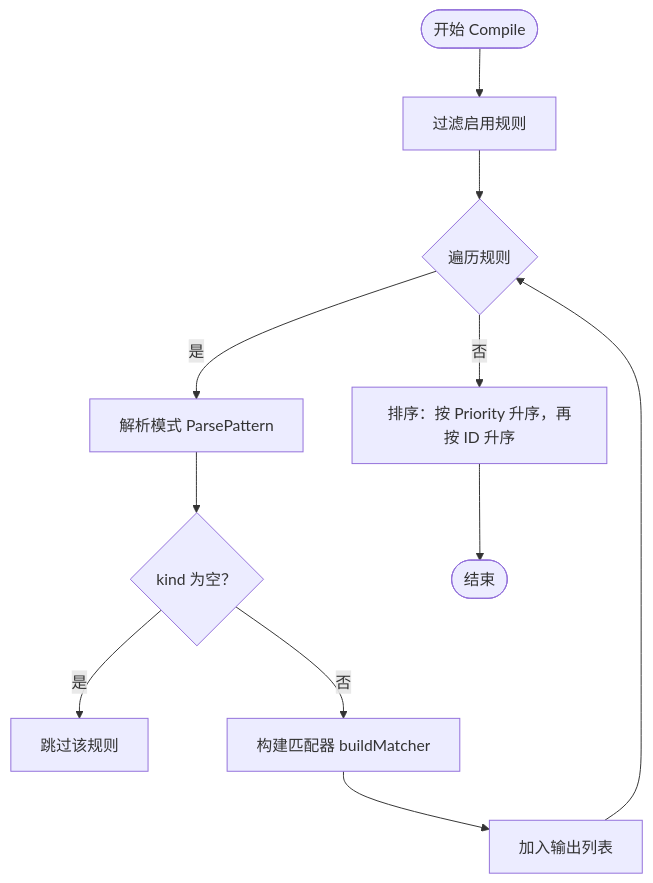
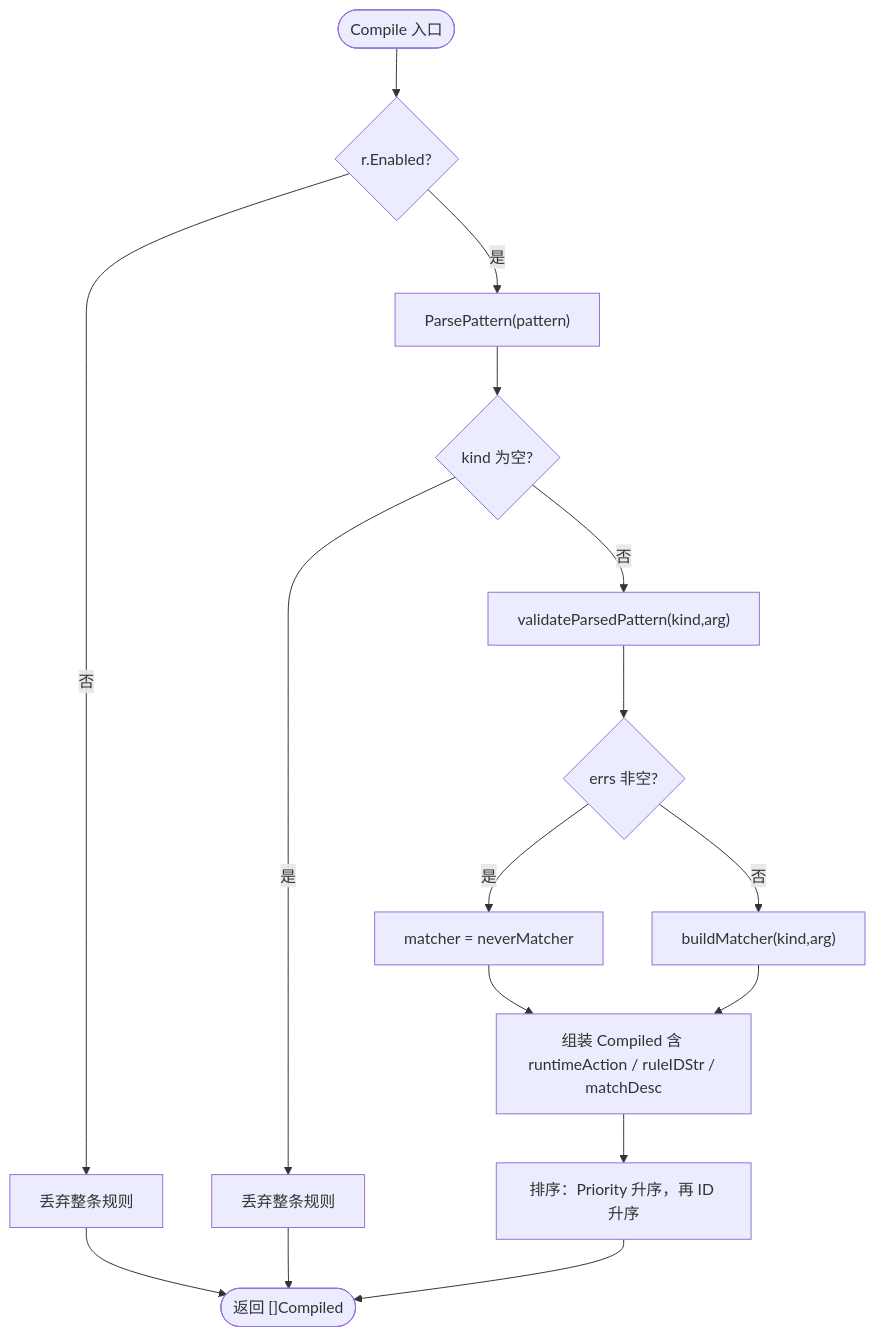
The fourth of 6 diagrams in docs/WAF 引擎系统/规则编译器.md (x01n/My-OpenWaf), drawn with Mermaid before and after one commit. The commit also changed other lines of this file and 622 other files, not shown here.

````diff
--- a/docs/WAF 引擎系统/规则编译器.md
+++ b/docs/WAF 引擎系统/规则编译器.md
@@ -130,13 +247,18 @@
 ```mermaid
 flowchart TD
-Start(["开始 Compile"]) --> Filter["过滤启用规则"]
-Filter --> Loop{"遍历规则"}
-Loop --> |是| Parse["解析模式 ParsePattern"]
-Parse --> KindEmpty{"kind 为空？"}
-KindEmpty --> |是| Skip["跳过该规则"]
-KindEmpty --> |否| Build["构建匹配器 buildMatcher"]
-Build --> Append["加入输出列表"]
-Append --> Loop
-Loop --> |否| Sort["排序：按 Priority 升序，再按 ID 升序"]
-Sort --> End(["结束"])
+S(["Compile 入口"]) --> E{"r.Enabled?"}
+E -- 否 --> SKIP1["丢弃整条规则"]
+E -- 是 --> P["ParsePattern(pattern)"]
+P --> K{"kind 为空?"}
+K -- 是 --> SKIP2["丢弃整条规则"]
+K -- 否 --> V["validateParsedPattern(kind,arg)"]
+V --> VE{"errs 非空?"}
+VE -- 是 --> NM["matcher = neverMatcher"]
+VE -- 否 --> BM["buildMatcher(kind,arg)"]
+BM --> ASM["组装 Compiled 含 runtimeAction / ruleIDStr / matchDesc"]
+NM --> ASM
+ASM --> SORT["排序：Priority 升序，再 ID 升序"]
+SORT --> OUT(["返回 []Compiled"])
+SKIP1 --> OUT
+SKIP2 --> OUT
 ```
````
